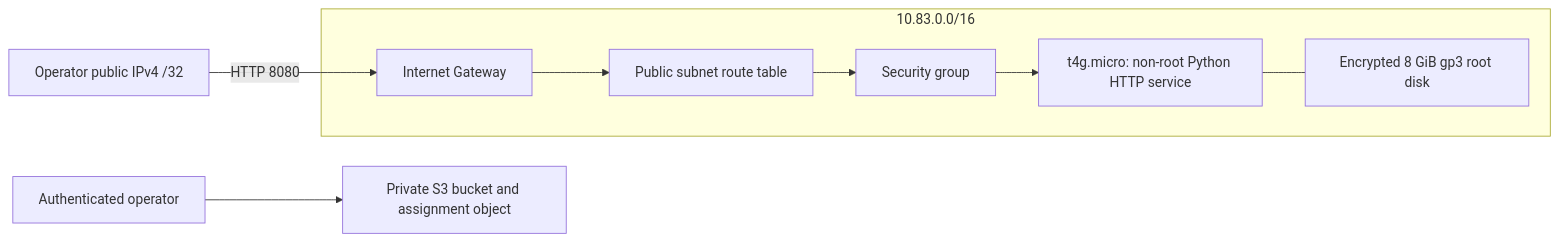
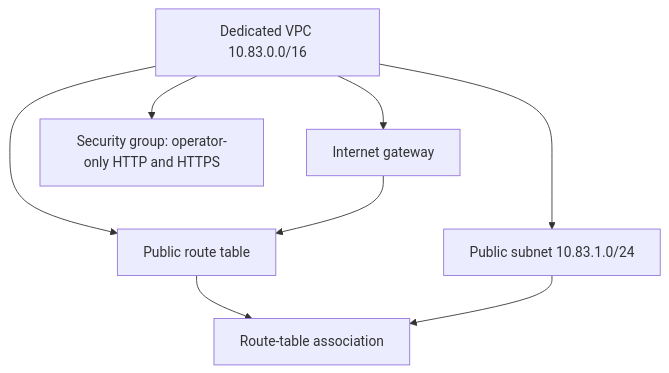
One commit to vimalkryadav/devops-heros changed the diagram in session-19-cloud-terraform/Vimal-24BCS10273/README.md. Above: the diagram before and after it, drawn with Mermaid. The commit also changed other lines of this file and 28 other files, not shown here.

````diff
--- a/session-19-cloud-terraform/Vimal-24BCS10273/README.md
+++ b/session-19-cloud-terraform/Vimal-24BCS10273/README.md
@@ -15,11 +17,10 @@
 ```mermaid
-flowchart LR
-    User[Operator public IPv4 /32] -->|HTTP 8080| IGW[Internet Gateway]
-    subgraph VPC[10.83.0.0/16]
-      IGW --> Route[Public subnet route table]
-      Route --> SG[Security group]
-      SG --> EC2[t4g.micro: non-root Python HTTP service]
-      EC2 --- EBS[Encrypted 8 GiB gp3 root disk]
-    end
-    CLI[Authenticated operator] --> S3[Private S3 bucket and assignment object]
+flowchart TD
+    VPC[Dedicated VPC 10.83.0.0/16] --> Subnet[Public subnet 10.83.1.0/24]
+    VPC --> IGW[Internet gateway]
+    VPC --> SG[Security group: operator-only HTTP and HTTPS]
+    VPC --> RT[Public route table]
+    IGW --> RT
+    RT --> Association[Route-table association]
+    Subnet --> Association
 ```
````
